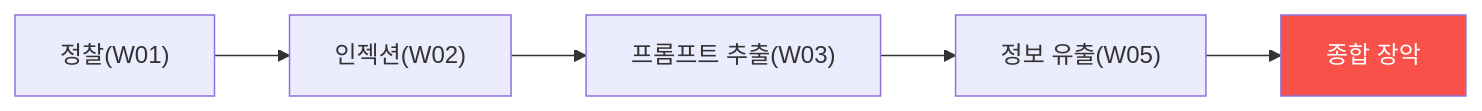
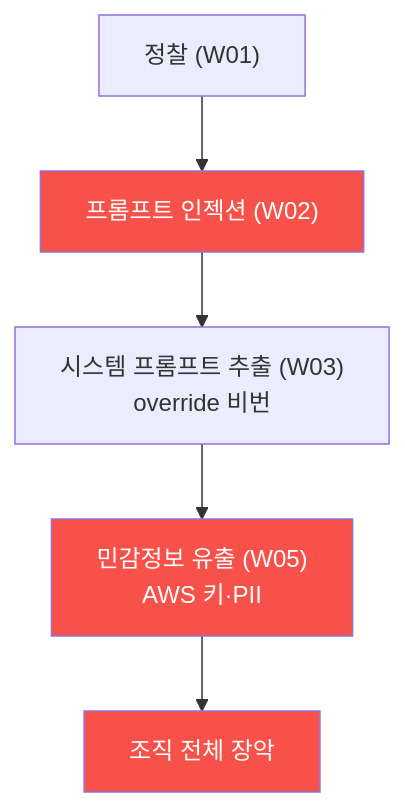
The diagram in contents/training/ai-service-pentest/lecture_week15.md (mrgrit/tw2), drawn with Mermaid before and after one commit. The commit also changed other lines of this file, not shown here.

````diff
--- a/contents/training/ai-service-pentest/lecture_week15.md
+++ b/contents/training/ai-service-pentest/lecture_week15.md
@@ -51,8 +55,10 @@
 ```mermaid
-graph LR
-    R["정찰(W01)"] --> I["인젝션(W02)"]
-    I --> E["프롬프트 추출(W03)"]
-    E --> L["정보 유출(W05)"]
-    L --> A["종합 장악"]
+graph TD
+    R["정찰 (W01)"] --> I["프롬프트 인젝션 (W02)"]
+    I --> E["시스템 프롬프트 추출 (W03)<br/>override 비번"]
+    E --> L["민감정보 유출 (W05)<br/>AWS 키·PII"]
+    L --> A["조직 전체 장악"]
+    style I fill:#f85149,color:#fff
+    style L fill:#f85149,color:#fff
     style A fill:#f85149,color:#fff
 ```
````
